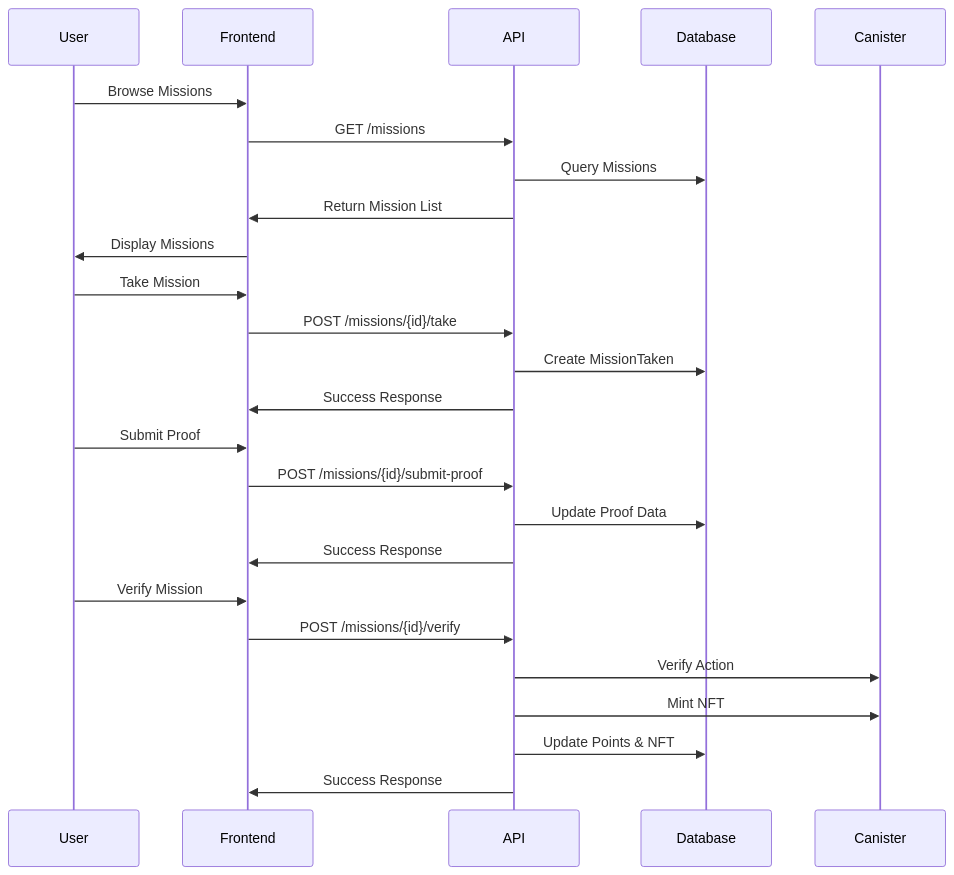
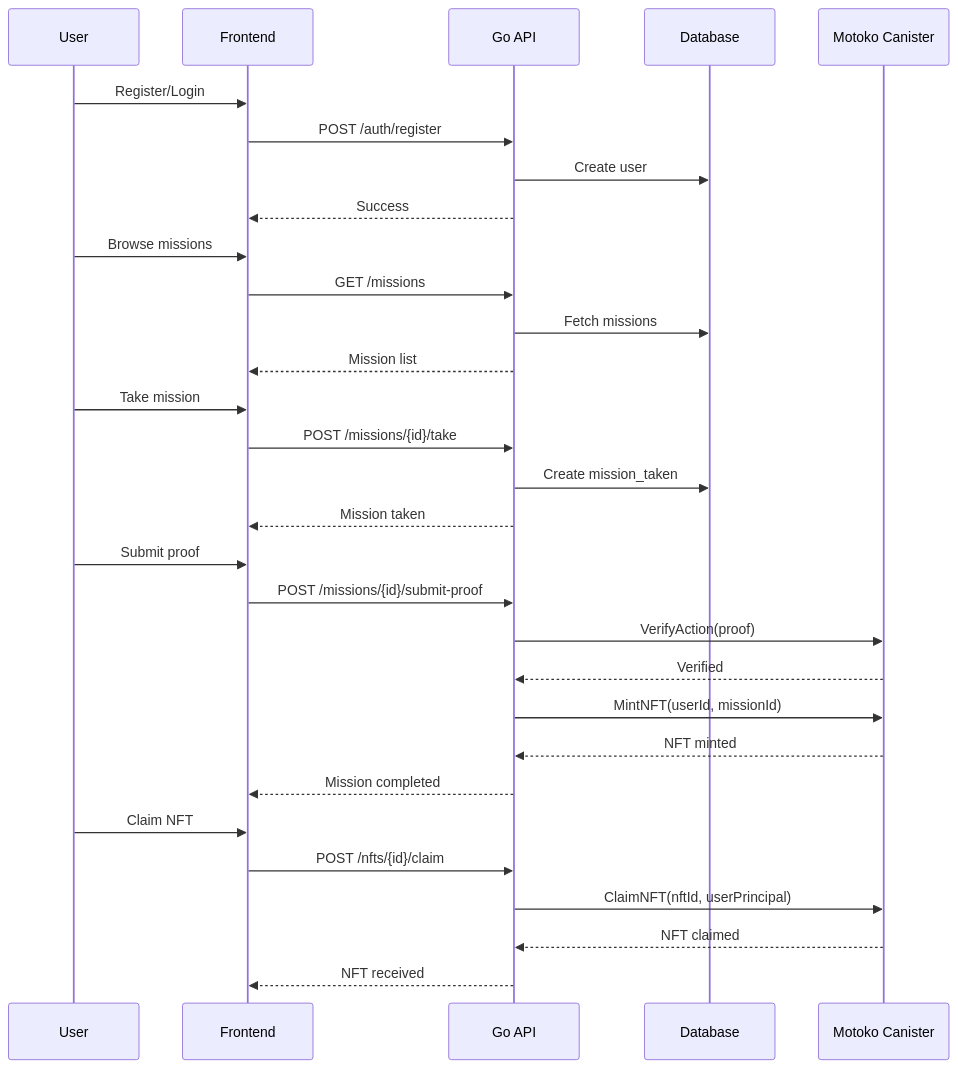
The second of 3 diagrams in README.md (jurus-macul/pedulicarbon), drawn with Mermaid before and after one commit. The commit also changed other lines of this file and 2 other files, not shown here.

````diff
--- a/README.md
+++ b/README.md
@@ -89,31 +102,37 @@
 ```mermaid
 sequenceDiagram
     participant U as User
     participant F as Frontend
-    participant A as API
-    participant D as Database
-    participant C as Canister
+    participant API as Go API
+    participant DB as Database
+    participant Motoko as Motoko Canister
     
-    U->>F: Browse Missions
-    F->>A: GET /missions
-    A->>D: Query Missions
-    A->>F: Return Mission List
-    F->>U: Display Missions
+    U->>F: Register/Login
+    F->>API: POST /auth/register
+    API->>DB: Create user
+    API-->>F: Success
     
-    U->>F: Take Mission
-    F->>A: POST /missions/{id}/take
-    A->>D: Create MissionTaken
-    A->>F: Success Response
+    U->>F: Browse missions
+    F->>API: GET /missions
+    API->>DB: Fetch missions
+    API-->>F: Mission list
     
-    U->>F: Submit Proof
-    F->>A: POST /missions/{id}/submit-proof
-    A->>D: Update Proof Data
-    A->>F: Success Response
+    U->>F: Take mission
+    F->>API: POST /missions/{id}/take
+    API->>DB: Create mission_taken
+    API-->>F: Mission taken
     
-    U->>F: Verify Mission
-    F->>A: POST /missions/{id}/verify
-    A->>C: Verify Action
-    A->>C: Mint NFT
-    A->>D: Update Points & NFT
-    A->>F: Success Response
+    U->>F: Submit proof
+    F->>API: POST /missions/{id}/submit-proof
+    API->>Motoko: VerifyAction(proof)
+    Motoko-->>API: Verified
+    API->>Motoko: MintNFT(userId, missionId)
+    Motoko-->>API: NFT minted
+    API-->>F: Mission completed
+    
+    U->>F: Claim NFT
+    F->>API: POST /nfts/{id}/claim
+    API->>Motoko: ClaimNFT(nftId, userPrincipal)
+    Motoko-->>API: NFT claimed
+    API-->>F: NFT received
 ```
````
